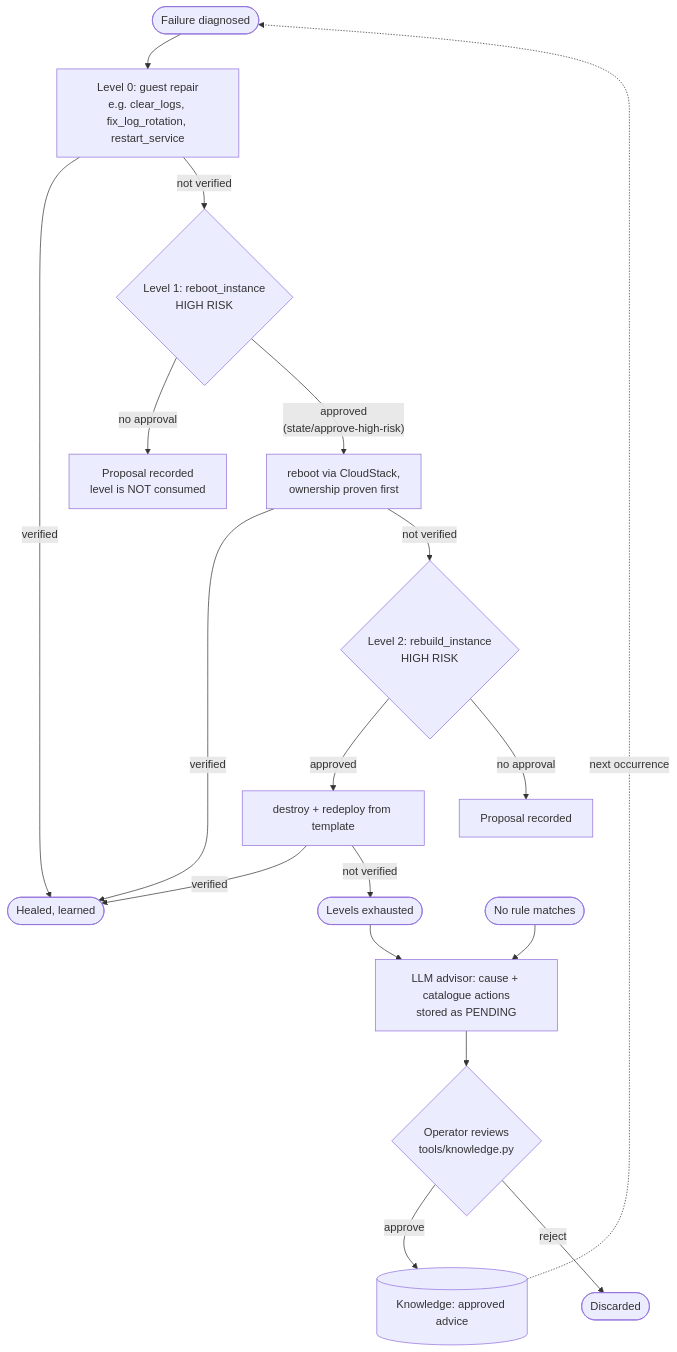
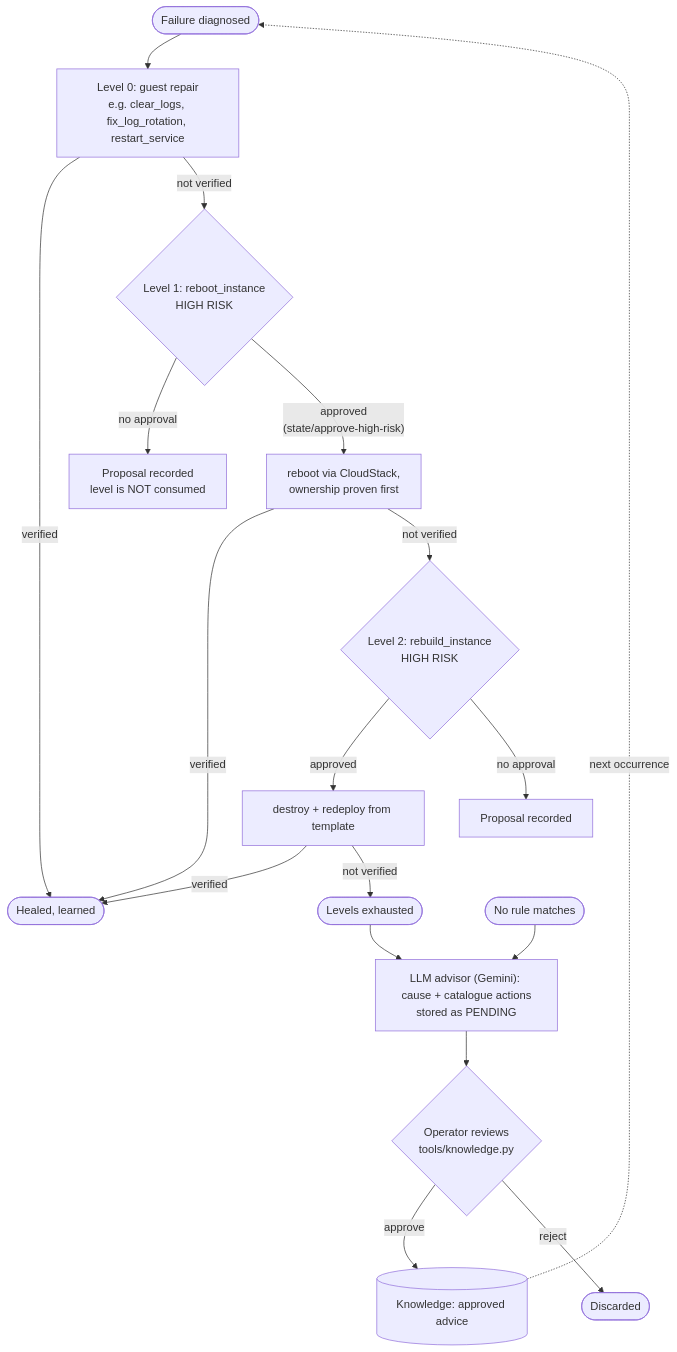
Before and after one commit to TusharShingrani/Self-healing-infrastructure: the seventh of 9 diagrams in docs/architecture.md, drawn with Mermaid. The commit also changed other lines of this file and 7 other files, not shown here.

First line of the commit message:
LLM advisor: Google Gemini free tier over REST instead of Claude

````diff
--- a/docs/architecture.md
+++ b/docs/architecture.md
@@ -231,20 +232,20 @@
 ```mermaid
 flowchart TB
     start(["Failure diagnosed"]) --> L0["Level 0: guest repair<br/>e.g. clear_logs, fix_log_rotation, restart_service"]
     L0 -- verified --> done(["Healed, learned"])
     L0 -- not verified --> L1{"Level 1: reboot_instance<br/>HIGH RISK"}
     L1 -- "no approval" --> prop1["Proposal recorded<br/>level is NOT consumed"]
     L1 -- "approved<br/>(state/approve-high-risk)" --> r1["reboot via CloudStack,<br/>ownership proven first"]
     r1 -- verified --> done
     r1 -- not verified --> L2{"Level 2: rebuild_instance<br/>HIGH RISK"}
     L2 -- approved --> r2["destroy + redeploy from template"]
     r2 -- verified --> done
     r2 -- not verified --> stuck(["Levels exhausted"])
     L2 -- "no approval" --> prop2["Proposal recorded"]
-    stuck --> adv["LLM advisor: cause + catalogue actions<br/>stored as PENDING"]
+    stuck --> adv["LLM advisor (Gemini): cause + catalogue actions<br/>stored as PENDING"]
     nomatch(["No rule matches"]) --> adv
     adv --> human{"Operator reviews<br/>tools/knowledge.py"}
     human -- approve --> kb[("Knowledge: approved advice")]
     human -- reject --> x(["Discarded"])
     kb -. "next occurrence" .-> start
 ```
````
